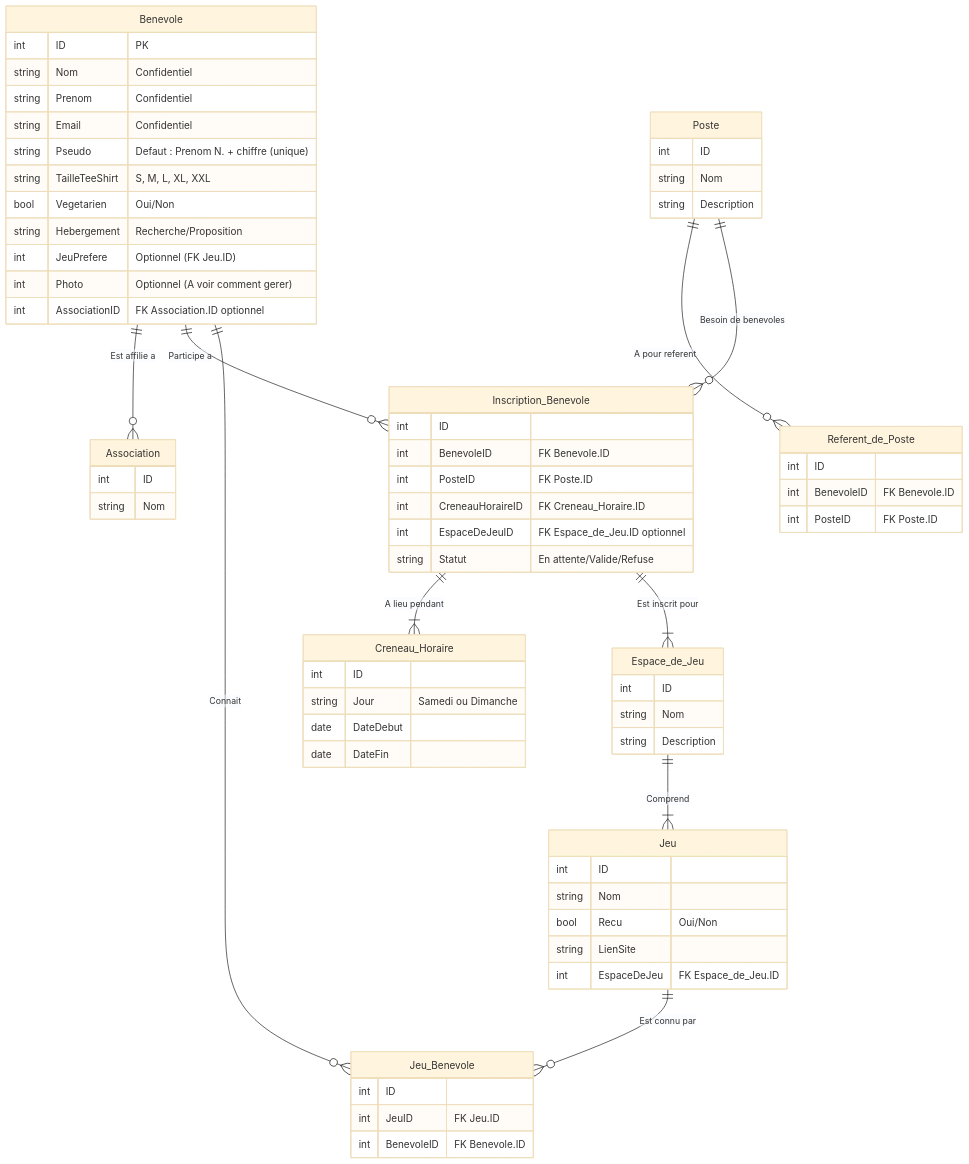
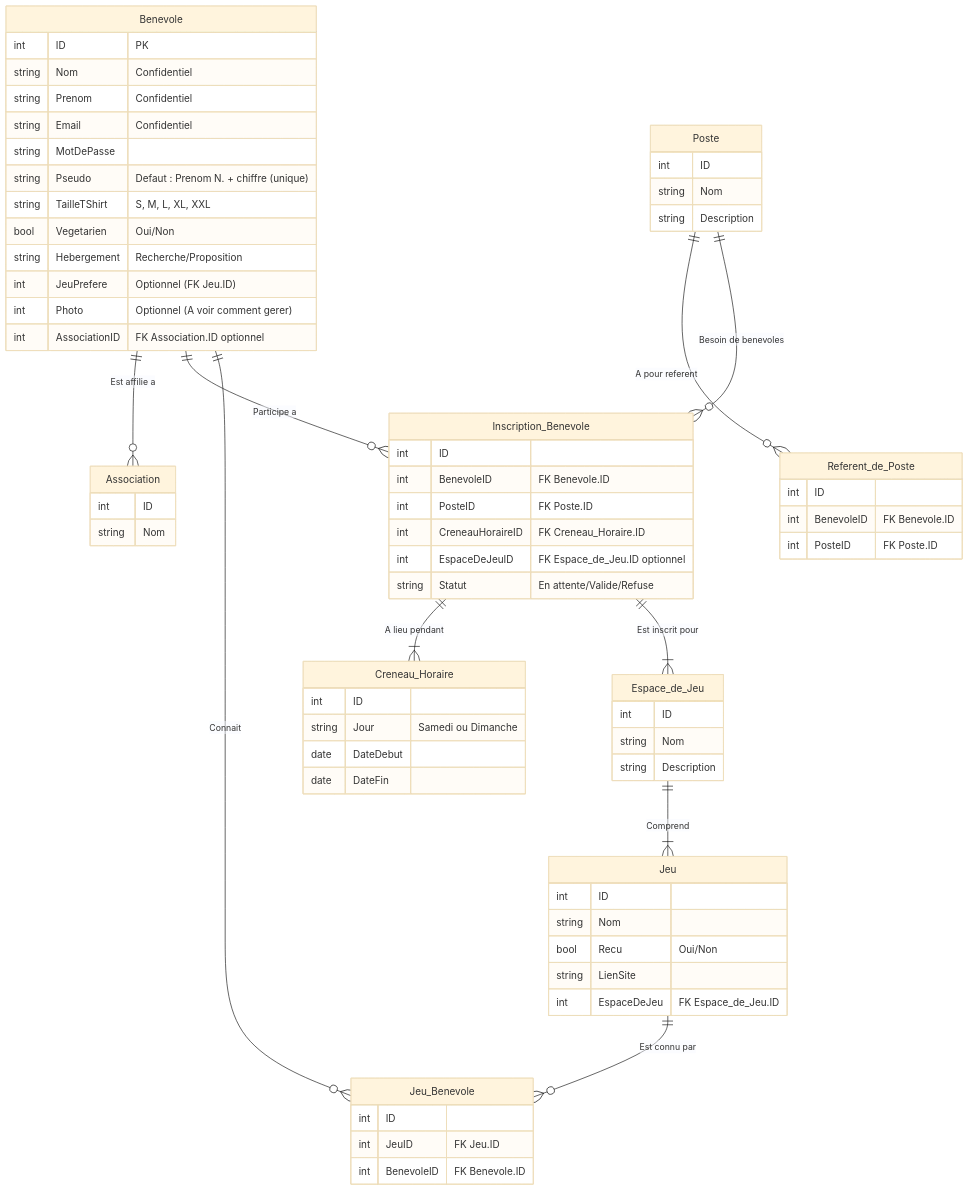
The diagram in README.md (TAIP25/ig4_awi_web_project_back), drawn with Mermaid (base theme) before and after one commit. The commit also changed 9 other files, not shown here.

Commit message:
Setup prisma schema and refactor project structure

````diff
--- a/README.md
+++ b/README.md
@@ -3,80 +3,81 @@
 ```mermaid
 erDiagram
 
     Inscription_Benevole ||--|{ Creneau_Horaire : "A lieu pendant"
     Inscription_Benevole ||--|{ Espace_de_Jeu : "Est inscrit pour"
     Inscription_Benevole {
         int ID
         int BenevoleID "FK Benevole.ID"
         int PosteID "FK Poste.ID"
         int CreneauHoraireID "FK Creneau_Horaire.ID"
         int EspaceDeJeuID "FK Espace_de_Jeu.ID optionnel"
         string Statut "En attente/Valide/Refuse"
     }
 
     Association {
         int ID
         string Nom
     }
 
     Benevole ||--o{ Association : "Est affilie a"
     Benevole ||--o{ Inscription_Benevole : "Participe a"
     Benevole ||--o{ Jeu_Benevole : "Connait"
     Benevole {
         int ID "PK"
         string Nom "Confidentiel"
         string Prenom "Confidentiel"
         string Email "Confidentiel"
+        string MotDePasse
         string Pseudo "Defaut : Prenom N. + chiffre (unique)"
-        string TailleTeeShirt "S, M, L, XL, XXL"
+        string TailleTShirt "S, M, L, XL, XXL"
         bool Vegetarien "Oui/Non"
         string Hebergement "Recherche/Proposition"
         int JeuPrefere "Optionnel (FK Jeu.ID)"
         int Photo "Optionnel (A voir comment gerer)"
         int AssociationID "FK Association.ID optionnel"
     }
 
     Referent_de_Poste {
         int ID
         int BenevoleID "FK Benevole.ID"
         int PosteID "FK Poste.ID"
     }
 
     Poste ||--o{ Referent_de_Poste : "A pour referent"
     Poste ||--o{ Inscription_Benevole : "Besoin de benevoles"
     Poste {
         int ID
         string Nom
         string Description
     }
 
     Creneau_Horaire {
         int ID
         string Jour "Samedi ou Dimanche"
         date DateDebut
         date DateFin
     }
 
     Espace_de_Jeu ||--|{ Jeu : "Comprend"
     Espace_de_Jeu {
         int ID
         string Nom
         string Description
     }
 
     Jeu ||--o{ Jeu_Benevole : "Est connu par"
     Jeu {
         int ID 
         string Nom
         bool Recu "Oui/Non"
         string LienSite
         int EspaceDeJeu "FK Espace_de_Jeu.ID"
     }
 
     Jeu_Benevole {
         int ID
         int JeuID "FK Jeu.ID"
         int BenevoleID "FK Benevole.ID"
     }
     
 ```
````
